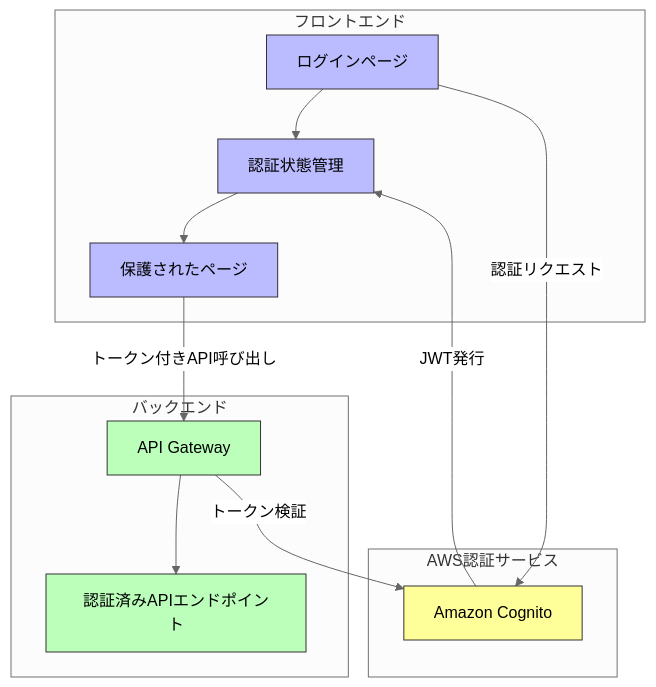
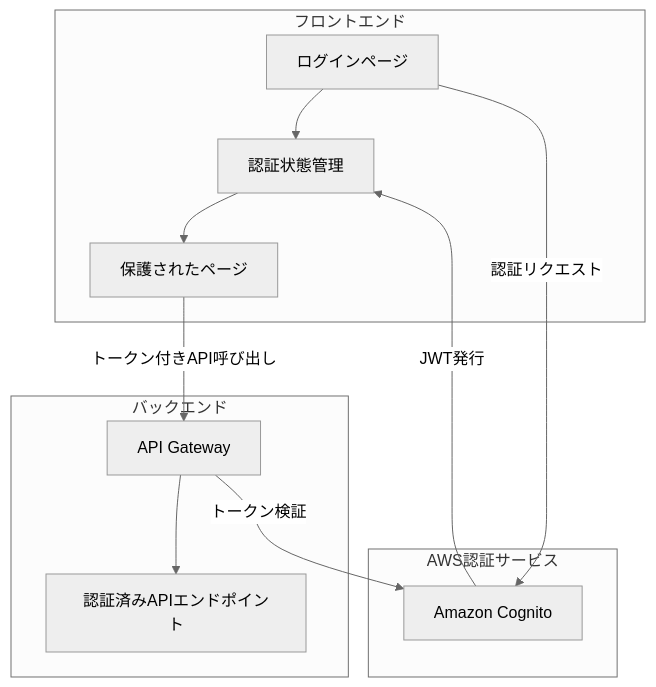
The first of 5 diagrams in docs/operations.md (yoshi88wani/recipe-app), drawn with Mermaid (neutral theme) before and after one commit. The commit also changed other lines of this file and 3 other files, not shown here.

````diff
--- a/docs/operations.md
+++ b/docs/operations.md
@@ -9,27 +9,20 @@
 ```mermaid
-graph TD
+flowchart TD
     subgraph "フロントエンド"
         A[ログインページ] --> B[認証状態管理]
         B --> C[保護されたページ]
     end
     
     subgraph "AWS認証サービス"
         D[Amazon Cognito]
     end
     
     subgraph "バックエンド"
         E[API Gateway] --> F[認証済みAPIエンドポイント]
     end
     
     A -->|認証リクエスト| D
     D -->|JWT発行| B
     C -->|トークン付きAPI呼び出し| E
     E -->|トークン検証| D
-    
-    style A fill:#bbf,stroke:#333,stroke-width:1px
-    style B fill:#bbf,stroke:#333,stroke-width:1px
-    style C fill:#bbf,stroke:#333,stroke-width:1px
-    style D fill:#ff9,stroke:#333,stroke-width:1px
-    style E fill:#bfb,stroke:#333,stroke-width:1px
-    style F fill:#bfb,stroke:#333,stroke-width:1px
 ```
````
